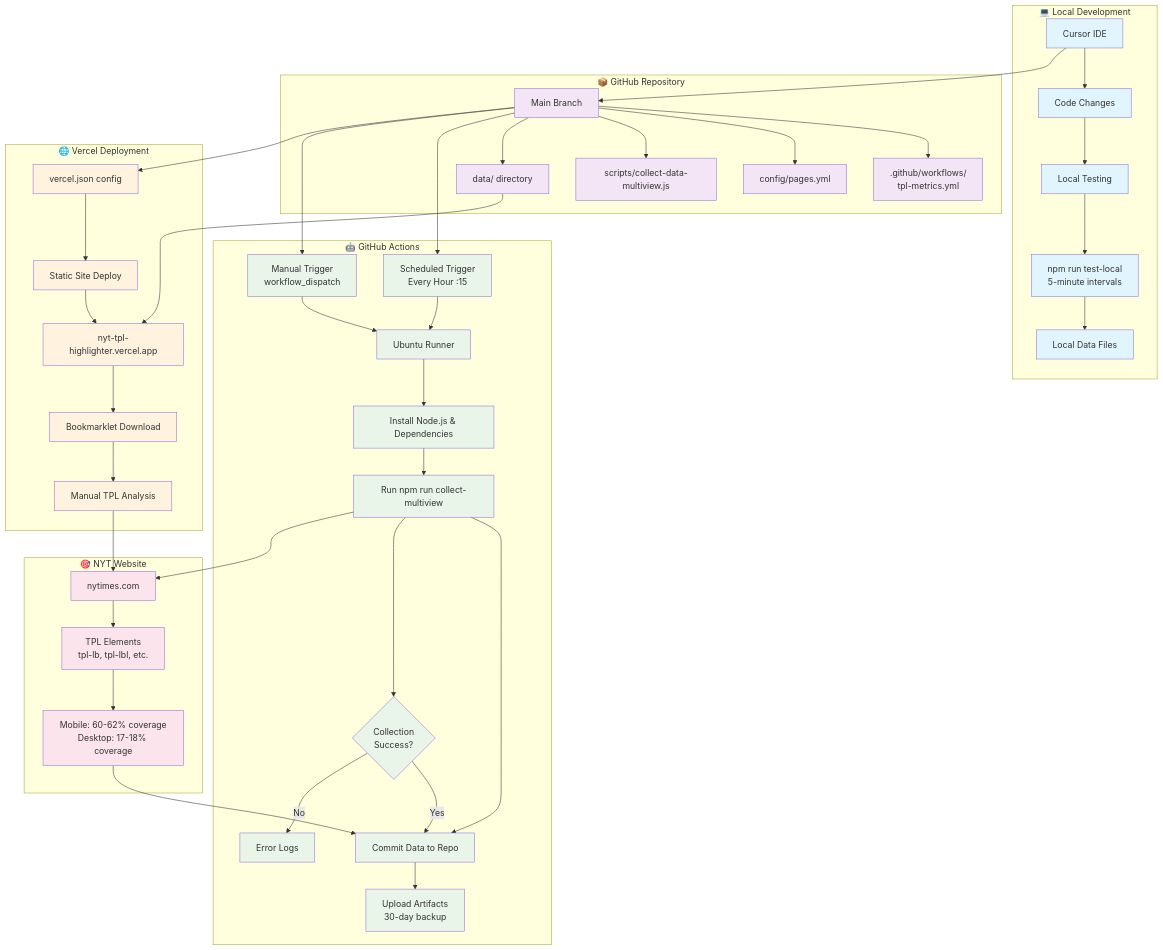
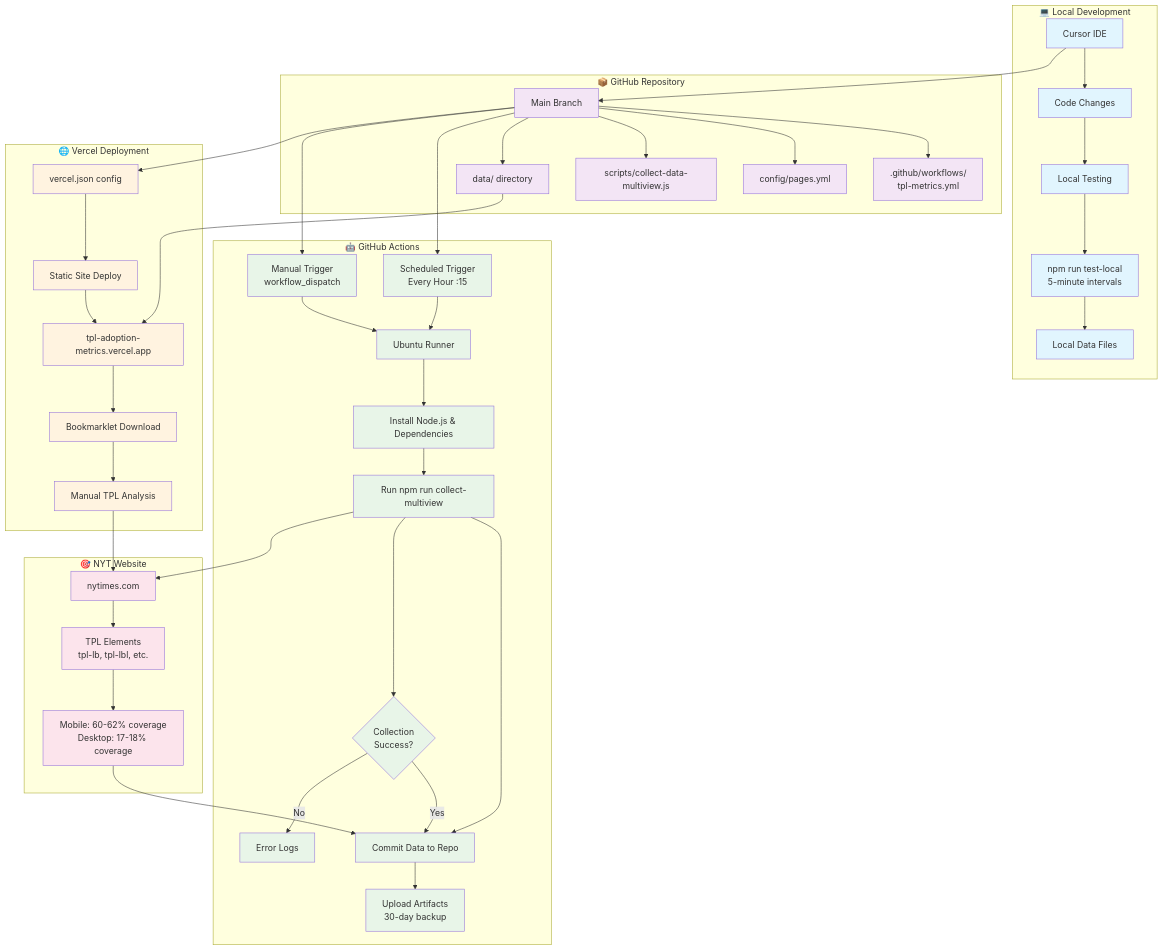
Before and after one commit to luis-nyt/tpl-adoption-metrics: the diagram in WORKFLOW-DIAGRAM.md, drawn with Mermaid. The commit also changed other lines of this file and 8 other files, not shown here.

First line of the commit message:
Rename project to tpl-adoption-metrics and add minimal metrics dashboard

````diff
--- a/WORKFLOW-DIAGRAM.md
+++ b/WORKFLOW-DIAGRAM.md
@@ -5,63 +5,63 @@
 ```mermaid
 graph TB
     subgraph "💻 Local Development"
         A[Cursor IDE] --> B[Code Changes]
         B --> C[Local Testing]
         C --> D[npm run test-local<br/>5-minute intervals]
         D --> E[Local Data Files]
     end
 
     subgraph "📦 GitHub Repository"
         F[Main Branch] --> G[.github/workflows/<br/>tpl-metrics.yml]
         F --> H[config/pages.yml]
         F --> I[scripts/collect-data-multiview.js]
         F --> J[data/ directory]
     end
 
     subgraph "🤖 GitHub Actions"
         K[Scheduled Trigger<br/>Every Hour :15] --> L[Ubuntu Runner]
         M[Manual Trigger<br/>workflow_dispatch] --> L
         L --> N[Install Node.js & Dependencies]
         N --> O[Run npm run collect-multiview]
         O --> P[Commit Data to Repo]
         P --> Q[Upload Artifacts<br/>30-day backup]
         O --> R{Collection<br/>Success?}
         R -->|Yes| P
         R -->|No| S[Error Logs]
     end
 
     subgraph "🌐 Vercel Deployment"
         T[vercel.json config] --> U[Static Site Deploy]
-        U --> V[nyt-tpl-highlighter.vercel.app]
+        U --> V[tpl-adoption-metrics.vercel.app]
         V --> W[Bookmarklet Download]
         W --> X[Manual TPL Analysis]
     end
 
     subgraph "🎯 NYT Website"
         Y[nytimes.com] --> Z[TPL Elements<br/>tpl-lb, tpl-lbl, etc.]
         Z --> AA[Mobile: 60-62% coverage<br/>Desktop: 17-18% coverage]
     end
 
     %% Connections
     A --> F
     F --> K
     F --> M
     F --> T
     O --> Y
     AA --> P
     J --> V
     X --> Y
 
     %% Styling
     classDef local fill:#e1f5fe
     classDef github fill:#f3e5f5
     classDef actions fill:#e8f5e8
     classDef vercel fill:#fff3e0
     classDef nyt fill:#fce4ec
 
     class A,B,C,D,E local
     class F,G,H,I,J github
     class K,L,M,N,O,P,Q,R,S actions
     class T,U,V,W,X vercel
     class Y,Z,AA nyt
 ```
````
